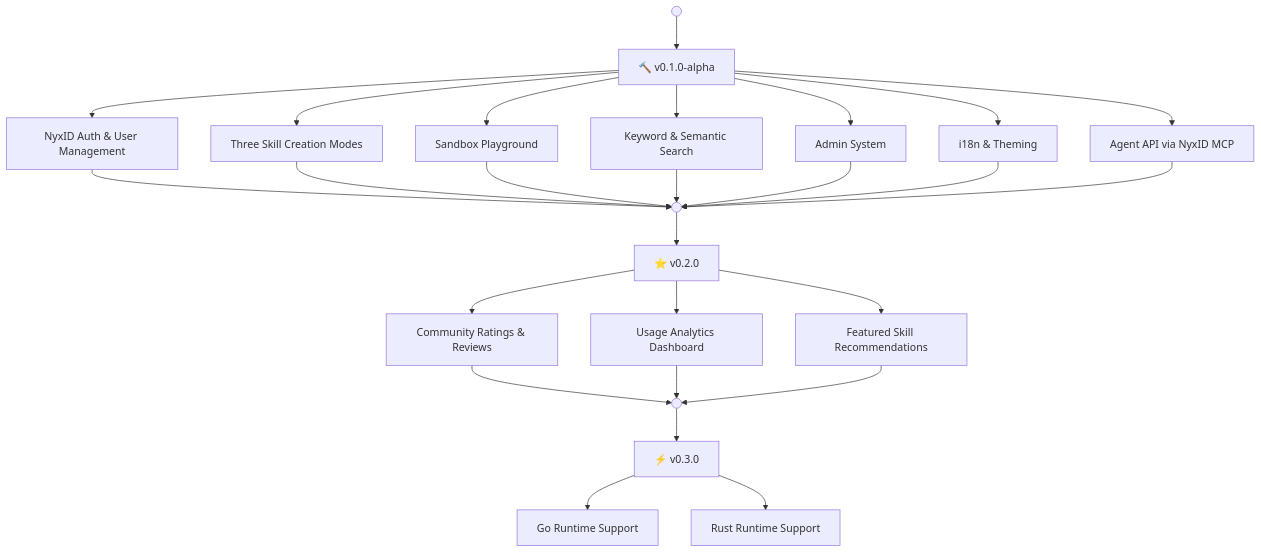
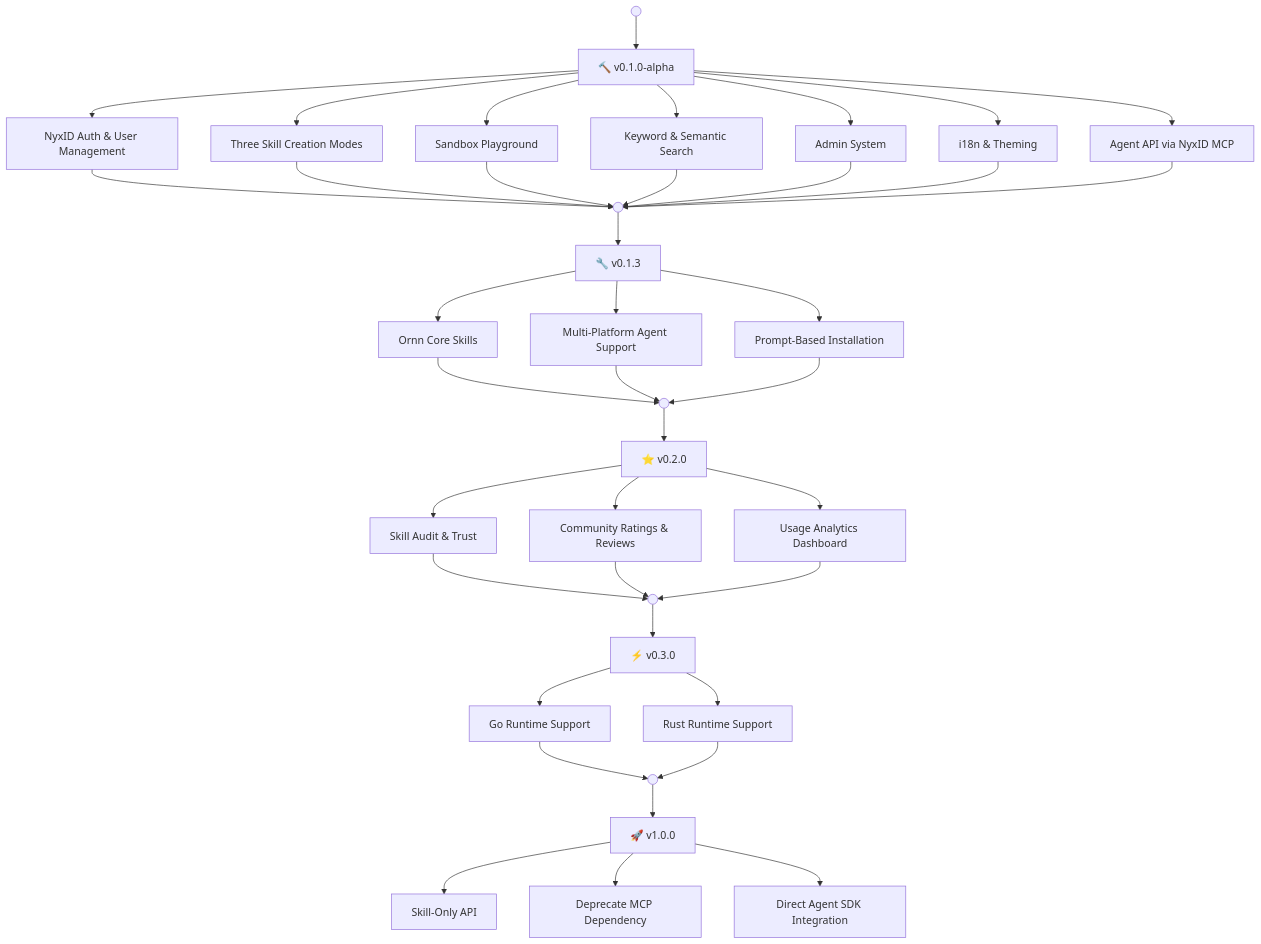
One commit to aevatarAI/chrono-ornn changed the diagram in ornn-skill/docs/site/en/roadmap.md. Above: the diagram before and after it, drawn with Mermaid. The commit also changed other lines of this file and 14 other files, not shown here.

First line of the commit message:
feat: add ornn core skills, multi-platform agent support, and v0.1.3 release

````diff
--- a/ornn-skill/docs/site/en/roadmap.md
+++ b/ornn-skill/docs/site/en/roadmap.md
@@ -3,26 +3,40 @@
 ```mermaid
 graph TD
     START((" ")) --> V1
 
     V1["🔨 v0.1.0-alpha"]
     V1 --> F1["NyxID Auth & User Management"]
     V1 --> F2["Three Skill Creation Modes"]
     V1 --> F3["Sandbox Playground"]
     V1 --> F4["Keyword & Semantic Search"]
     V1 --> F5["Admin System"]
     V1 --> F6["i18n & Theming"]
     V1 --> F7["Agent API via NyxID MCP"]
 
-    F1 & F2 & F3 & F4 & F5 & F6 & F7 --> BRIDGE1((" "))
+    F1 & F2 & F3 & F4 & F5 & F6 & F7 --> BRIDGE0((" "))
+
+    BRIDGE0 --> V1B["🔧 v0.1.3"]
+    V1B --> F8["Ornn Core Skills"]
+    V1B --> F9["Multi-Platform Agent Support"]
+    V1B --> F10["Prompt-Based Installation"]
+
+    F8 & F9 & F10 --> BRIDGE1((" "))
 
     BRIDGE1 --> V2["⭐ v0.2.0"]
-    V2 --> G1["Community Ratings & Reviews"]
-    V2 --> G2["Usage Analytics Dashboard"]
-    V2 --> G3["Featured Skill Recommendations"]
+    V2 --> G1["Skill Audit & Trust"]
+    V2 --> G2["Community Ratings & Reviews"]
+    V2 --> G3["Usage Analytics Dashboard"]
 
     G1 & G2 & G3 --> BRIDGE2((" "))
 
     BRIDGE2 --> V3["⚡ v0.3.0"]
     V3 --> H1["Go Runtime Support"]
     V3 --> H2["Rust Runtime Support"]
+
+    H1 & H2 --> BRIDGE3((" "))
+
+    BRIDGE3 --> V4["🚀 v1.0.0"]
+    V4 --> I1["Skill-Only API"]
+    V4 --> I2["Deprecate MCP Dependency"]
+    V4 --> I3["Direct Agent SDK Integration"]
 ```
````
